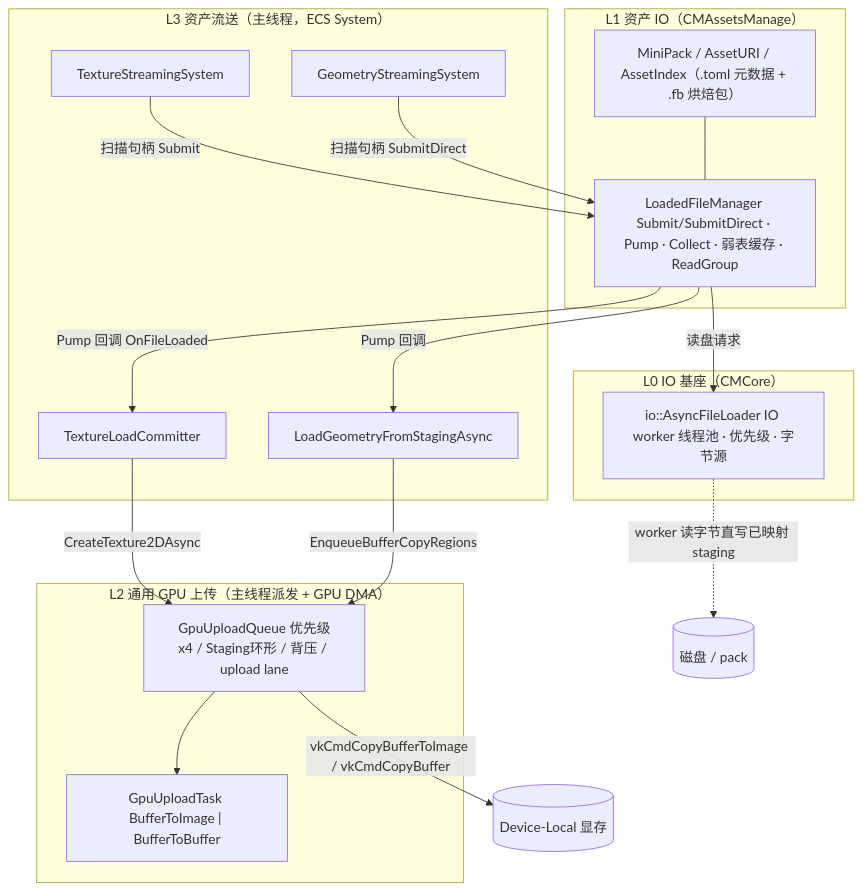
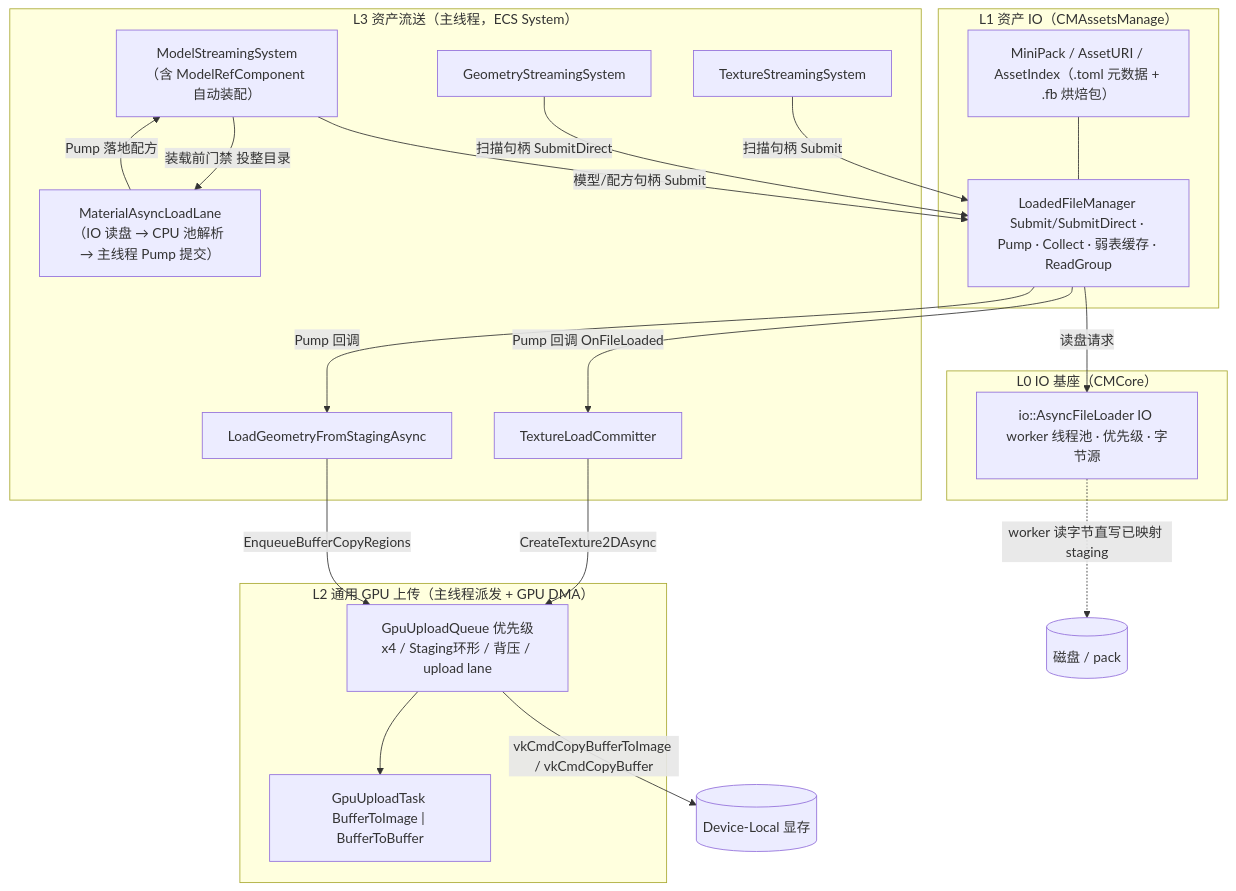
The first of 2 diagrams in doc/async-asset-loading-system.md (hyzboy/ULRE), drawn with Mermaid before and after one commit. The commit also changed other lines of this file and 1 other file, not shown here.

````diff
--- a/doc/async-asset-loading-system.md
+++ b/doc/async-asset-loading-system.md
@@ -25,33 +25,38 @@
 ```mermaid
 flowchart TB
     subgraph L3["L3 资产流送（主线程，ECS System）"]
         TSS[TextureStreamingSystem]
         GSS[GeometryStreamingSystem]
+        MSS["ModelStreamingSystem（含 ModelRefComponent 自动装配）"]
         TLC[TextureLoadCommitter]
         GLS["LoadGeometryFromStagingAsync"]
+        LANE["MaterialAsyncLoadLane（IO 读盘 → CPU 池解析 → 主线程 Pump 提交）"]
     end
     subgraph L2["L2 通用 GPU 上传（主线程派发 + GPU DMA）"]
         GUQ["GpuUploadQueue 优先级x4 / Staging环形 / 背压 / upload lane"]
         GUT["GpuUploadTask BufferToImage | BufferToBuffer"]
     end
     subgraph L1["L1 资产 IO（CMAssetsManage）"]
         LFM["LoadedFileManager Submit/SubmitDirect · Pump · Collect · 弱表缓存 · ReadGroup"]
         MP["MiniPack / AssetURI / AssetIndex（.toml 元数据 + .fb 烘焙包）"]
     end
     subgraph L0["L0 IO 基座（CMCore）"]
         AFL["io::AsyncFileLoader IO worker 线程池 · 优先级 · 字节源"]
     end
     DISK[(磁盘 / pack)]
 
     TSS -->|扫描句柄 Submit| LFM
     GSS -->|扫描句柄 SubmitDirect| LFM
+    MSS -->|模型/配方句柄 Submit| LFM
+    MSS -->|装载前门禁 投整目录| LANE
+    LANE -->|Pump 落地配方| MSS
     LFM -->|读盘请求| AFL
     AFL -.->|worker 读字节直写已映射 staging| DISK
     LFM -->|Pump 回调 OnFileLoaded| TLC
     LFM -->|Pump 回调| GLS
     TLC -->|CreateTexture2DAsync| GUQ
     GLS -->|EnqueueBufferCopyRegions| GUQ
     GUQ --> GUT
     GUQ -->|vkCmdCopyBufferToImage / vkCmdCopyBuffer| GPU[(Device-Local 显存)]
     MP --- LFM
 ```
````
